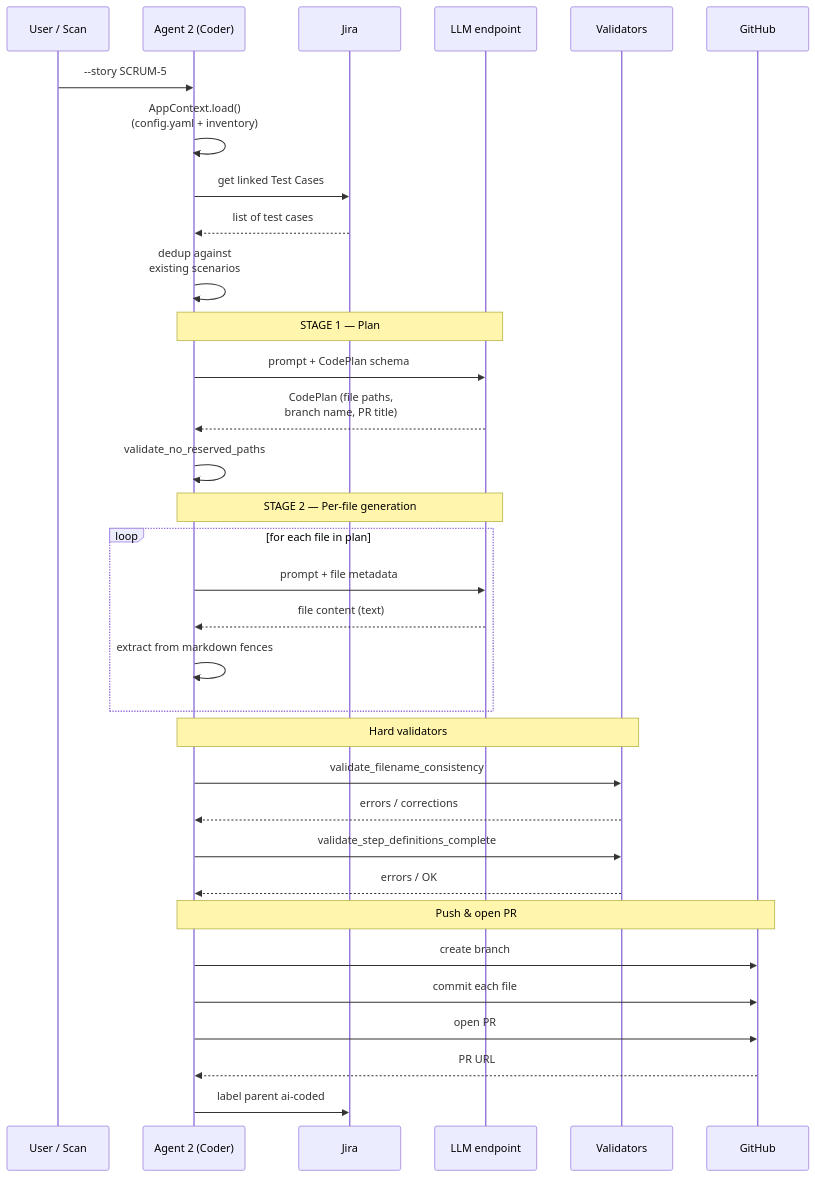
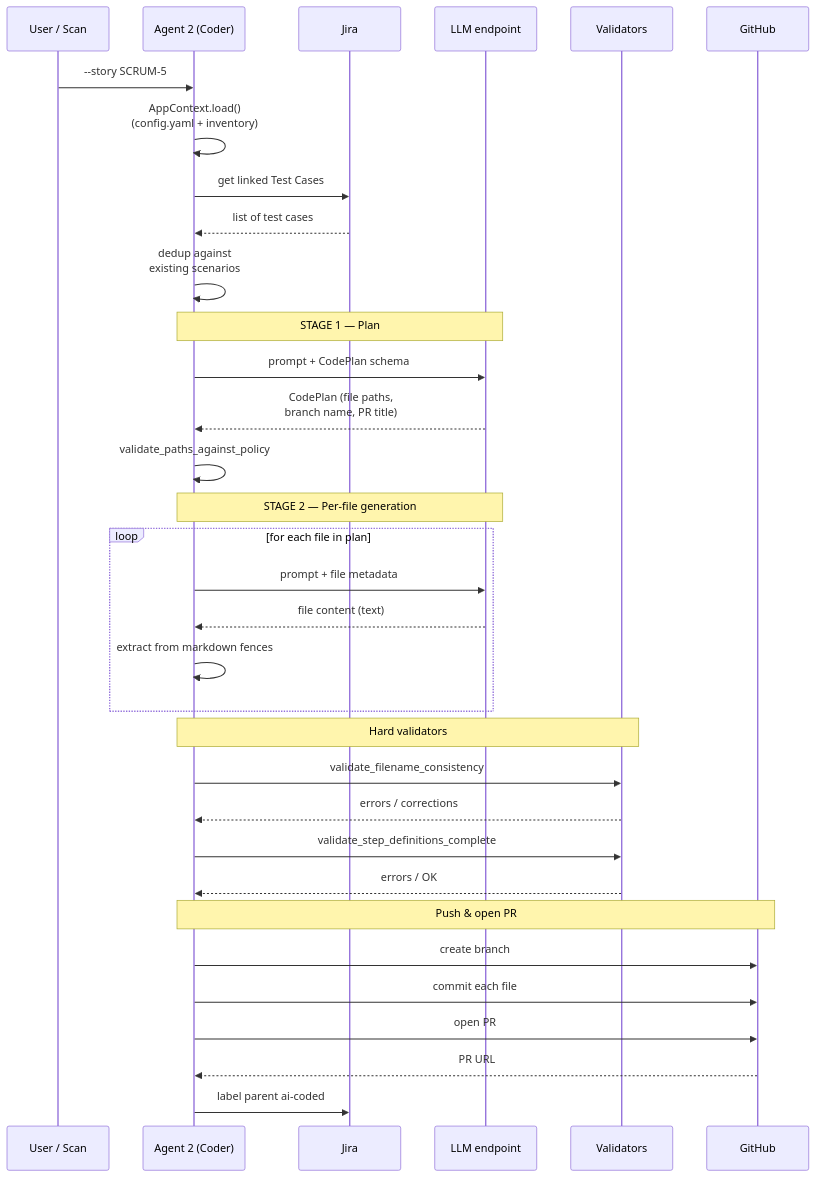
One commit to rajiniottesting-coder/multi-agent-test-automation changed the fourth of 5 diagrams in docs/GUIDE.md. Above: the diagram before and after it, drawn with Mermaid. The commit also changed other lines of this file and 8 other files, not shown here.

````diff
--- a/docs/GUIDE.md
+++ b/docs/GUIDE.md
@@ -1726,40 +1745,40 @@
 ```mermaid
 sequenceDiagram
     participant U as User / Scan
     participant A2 as Agent 2 (Coder)
     participant J as Jira
     participant L as LLM endpoint
     participant V as Validators
     participant G as GitHub
 
     U->>A2: --story SCRUM-5
     A2->>A2: AppContext.load()<br/>(config.yaml + inventory)
     A2->>J: get linked Test Cases
     J-->>A2: list of test cases
     A2->>A2: dedup against<br/>existing scenarios
 
     Note over A2,L: STAGE 1 — Plan
     A2->>L: prompt + CodePlan schema
     L-->>A2: CodePlan (file paths,<br/>branch name, PR title)
-    A2->>A2: validate_no_reserved_paths
+    A2->>A2: validate_paths_against_policy
 
     Note over A2,L: STAGE 2 — Per-file generation
     loop for each file in plan
         A2->>L: prompt + file metadata
         L-->>A2: file content (text)
         A2->>A2: extract from markdown fences
     end
 
     Note over A2,V: Hard validators
     A2->>V: validate_filename_consistency
     V-->>A2: errors / corrections
     A2->>V: validate_step_definitions_complete
     V-->>A2: errors / OK
 
     Note over A2,G: Push & open PR
     A2->>G: create branch
     A2->>G: commit each file
     A2->>G: open PR
     G-->>A2: PR URL
     A2->>J: label parent ai-coded
 ```
````
